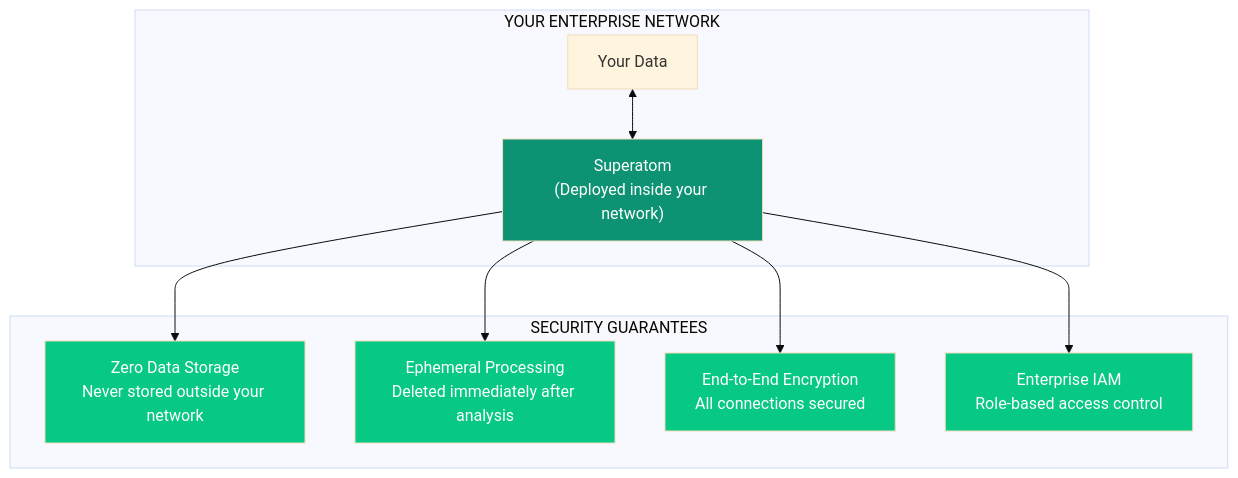
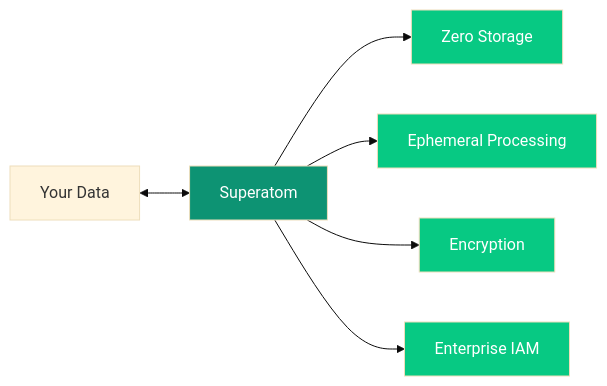
One commit to ashishsuperatom/tech-docs changed the eighth of 9 diagrams in introduction/problems.mdx. Above: the diagram before and after it, drawn with Mermaid (base theme). The commit also changed other lines of this file and 13 other files, not shown here.

First line of the commit message:
Add Superatom AI logo and fix Mermaid diagram rendering

````diff
--- a/introduction/problems.mdx
+++ b/introduction/problems.mdx
@@ -403,26 +376,12 @@
 ```mermaid
-flowchart TD
-    subgraph ENTERPRISE["YOUR ENTERPRISE NETWORK"]
-        DATA["Your Data"]
-        SA["Superatom<br>(Deployed inside your network)"]
-        DATA <--> SA
-    end
+flowchart LR
+    DATA["Your Data"] <--> SA["Superatom"]
 
-    subgraph SECURITY["SECURITY GUARANTEES"]
-        S1["Zero Data Storage<br>Never stored outside your network"]
-        S2["Ephemeral Processing<br>Deleted immediately after analysis"]
-        S3["End-to-End Encryption<br>All connections secured"]
-        S4["Enterprise IAM<br>Role-based access control"]
-    end
-
-    SA --> S1
-    SA --> S2
-    SA --> S3
-    SA --> S4
+    SA --> S1["Zero Storage"] & S2["Ephemeral Processing"] & S3["Encryption"] & S4["Enterprise IAM"]
 
     style SA fill:#0D9373,color:#fff
     style S1 fill:#07C983,color:#fff
     style S2 fill:#07C983,color:#fff
     style S3 fill:#07C983,color:#fff
     style S4 fill:#07C983,color:#fff
 ```
````
